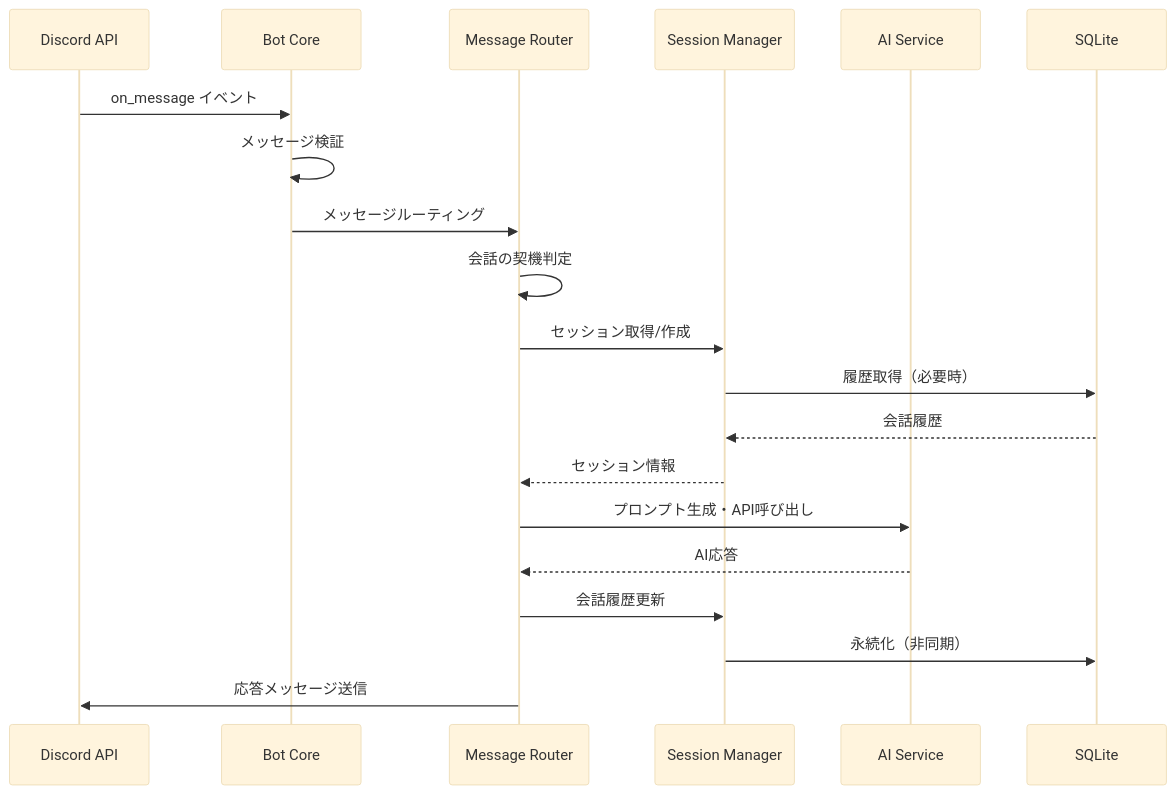
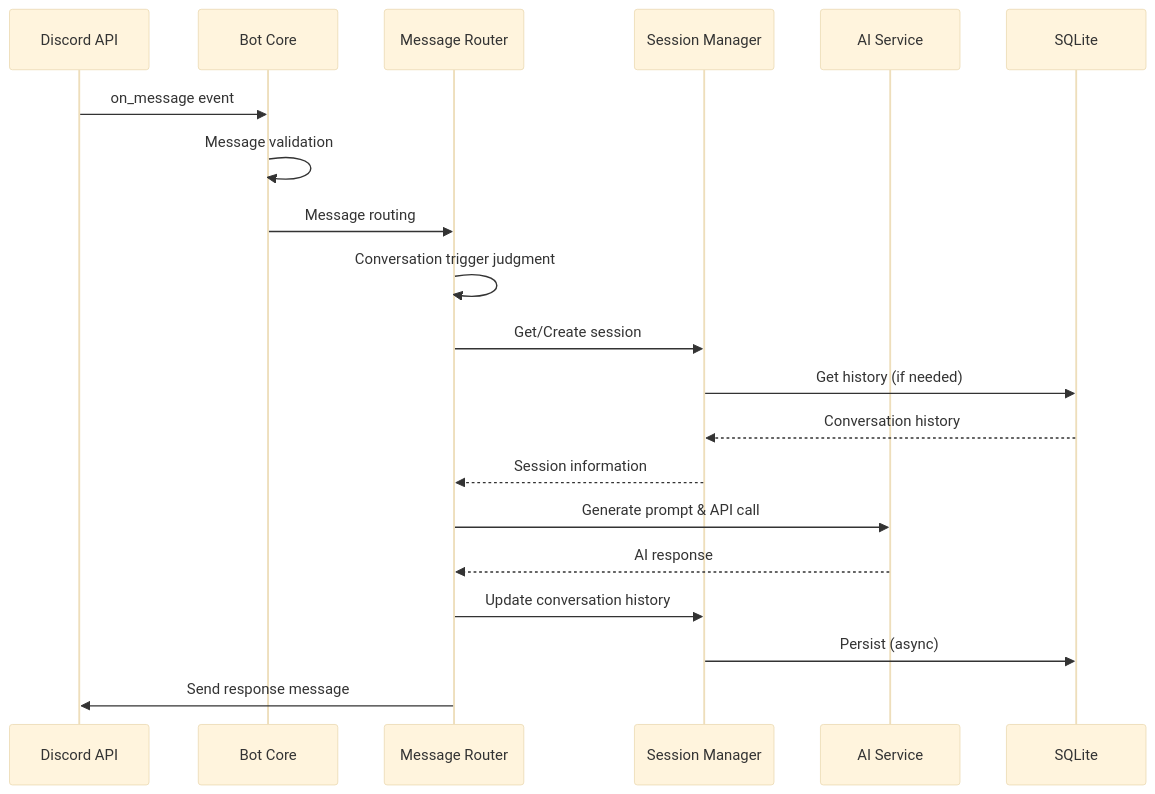
Before and after one commit to fluxrozin/kotonoha-bot: the second of 3 diagrams in docs/specifications/event-specification.md, drawn with Mermaid (base theme). The commit also changed other lines of this file and 42 other files, not shown here.

````diff
--- a/docs/specifications/event-specification.md
+++ b/docs/specifications/event-specification.md
@@ -269,23 +207,23 @@
 ```mermaid
 sequenceDiagram
     participant Discord as Discord API
     participant Bot as Bot Core
     participant Router as Message Router
     participant Session as Session Manager
     participant AI as AI Service
     participant DB as SQLite
 
-    Discord->>Bot: on_message イベント
-    Bot->>Bot: メッセージ検証
-    Bot->>Router: メッセージルーティング
-    Router->>Router: 会話の契機判定
-    Router->>Session: セッション取得/作成
-    Session->>DB: 履歴取得（必要時）
-    DB-->>Session: 会話履歴
-    Session-->>Router: セッション情報
-    Router->>AI: プロンプト生成・API呼び出し
-    AI-->>Router: AI応答
-    Router->>Session: 会話履歴更新
-    Session->>DB: 永続化（非同期）
-    Router->>Discord: 応答メッセージ送信
+    Discord->>Bot: on_message event
+    Bot->>Bot: Message validation
+    Bot->>Router: Message routing
+    Router->>Router: Conversation trigger judgment
+    Router->>Session: Get/Create session
+    Session->>DB: Get history (if needed)
+    DB-->>Session: Conversation history
+    Session-->>Router: Session information
+    Router->>AI: Generate prompt & API call
+    AI-->>Router: AI response
+    Router->>Session: Update conversation history
+    Session->>DB: Persist (async)
+    Router->>Discord: Send response message
 ```
````
